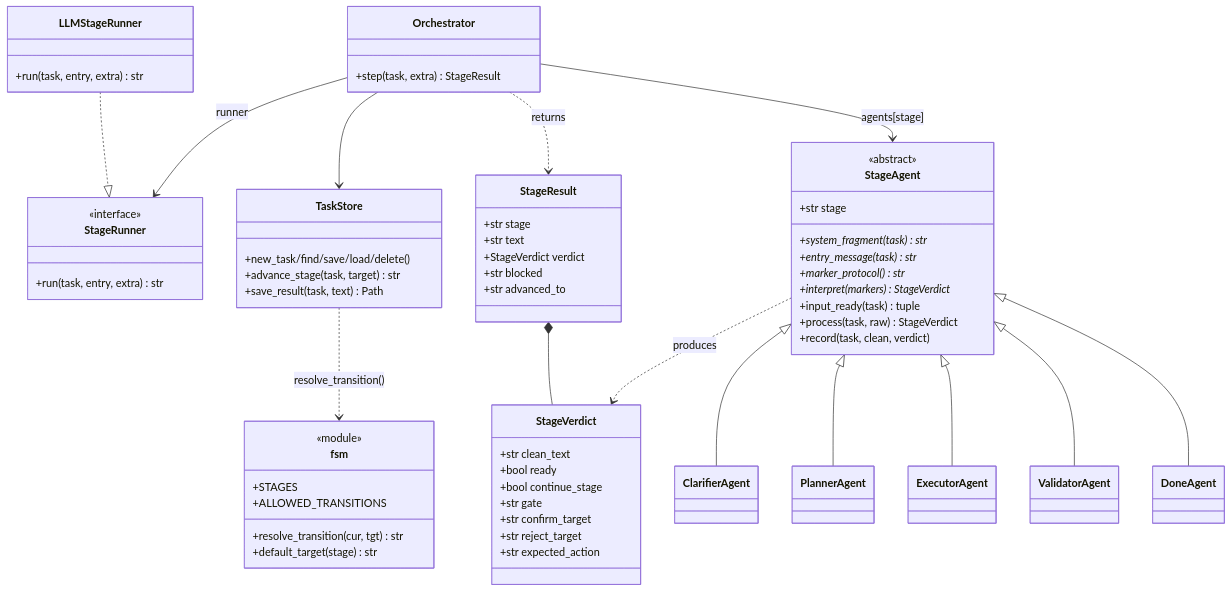
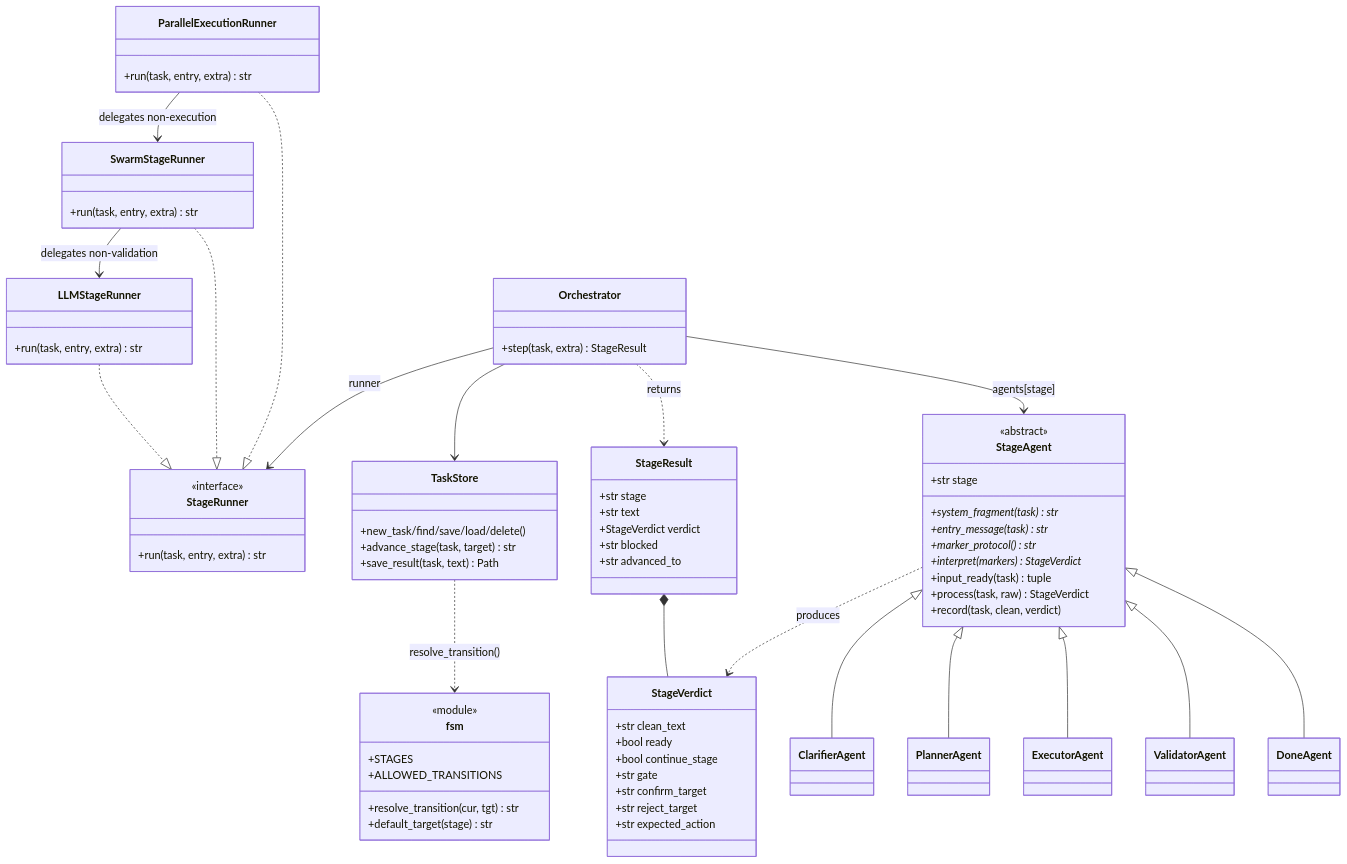
The second of 9 diagrams in 05-jarvis-diagrams.md (AlexanderBuiko/jarvis-cli), drawn with Mermaid before and after one commit. The commit also changed other lines of this file and 14 other files, not shown here.

First line of the commit message:
Add validation swarm and parallel execution to the task pipeline

````diff
--- a/05-jarvis-diagrams.md
+++ b/05-jarvis-diagrams.md
@@ -133,71 +133,81 @@
 ```mermaid
 classDiagram
     class Orchestrator {
         +step(task, extra) StageResult
     }
     class StageRunner {
         <<interface>>
         +run(task, entry, extra) str
     }
     class LLMStageRunner {
+        +run(task, entry, extra) str
+    }
+    class SwarmStageRunner {
+        +run(task, entry, extra) str
+    }
+    class ParallelExecutionRunner {
         +run(task, entry, extra) str
     }
     class StageResult {
         +str stage
         +str text
         +StageVerdict verdict
         +str blocked
         +str advanced_to
     }
     class StageVerdict {
         +str clean_text
         +bool ready
         +bool continue_stage
         +str gate
         +str confirm_target
         +str reject_target
         +str expected_action
     }
     class StageAgent {
         <<abstract>>
         +str stage
         +system_fragment(task)* str
         +entry_message(task)* str
         +marker_protocol()* str
         +interpret(markers)* StageVerdict
         +input_ready(task) tuple
         +process(task, raw) StageVerdict
         +record(task, clean, verdict)
     }
     class ClarifierAgent
     class PlannerAgent
     class ExecutorAgent
     class ValidatorAgent
     class DoneAgent
     class TaskStore {
         +new_task/find/save/load/delete()
         +advance_stage(task, target) str
         +save_result(task, text) Path
     }
     class fsm {
         <<module>>
         +STAGES
         +ALLOWED_TRANSITIONS
         +resolve_transition(cur, tgt) str
         +default_target(stage) str
     }
 
     LLMStageRunner ..|> StageRunner
+    SwarmStageRunner ..|> StageRunner
+    ParallelExecutionRunner ..|> StageRunner
+    SwarmStageRunner --> LLMStageRunner : delegates non-validation
+    ParallelExecutionRunner --> SwarmStageRunner : delegates non-execution
     Orchestrator --> StageRunner : runner
     Orchestrator --> TaskStore
     Orchestrator ..> StageResult : returns
     StageResult *-- StageVerdict
     Orchestrator --> StageAgent : agents[stage]
     StageAgent <|-- ClarifierAgent
     StageAgent <|-- PlannerAgent
     StageAgent <|-- ExecutorAgent
     StageAgent <|-- ValidatorAgent
     StageAgent <|-- DoneAgent
     StageAgent ..> StageVerdict : produces
     TaskStore ..> fsm : resolve_transition()
 ```
````
